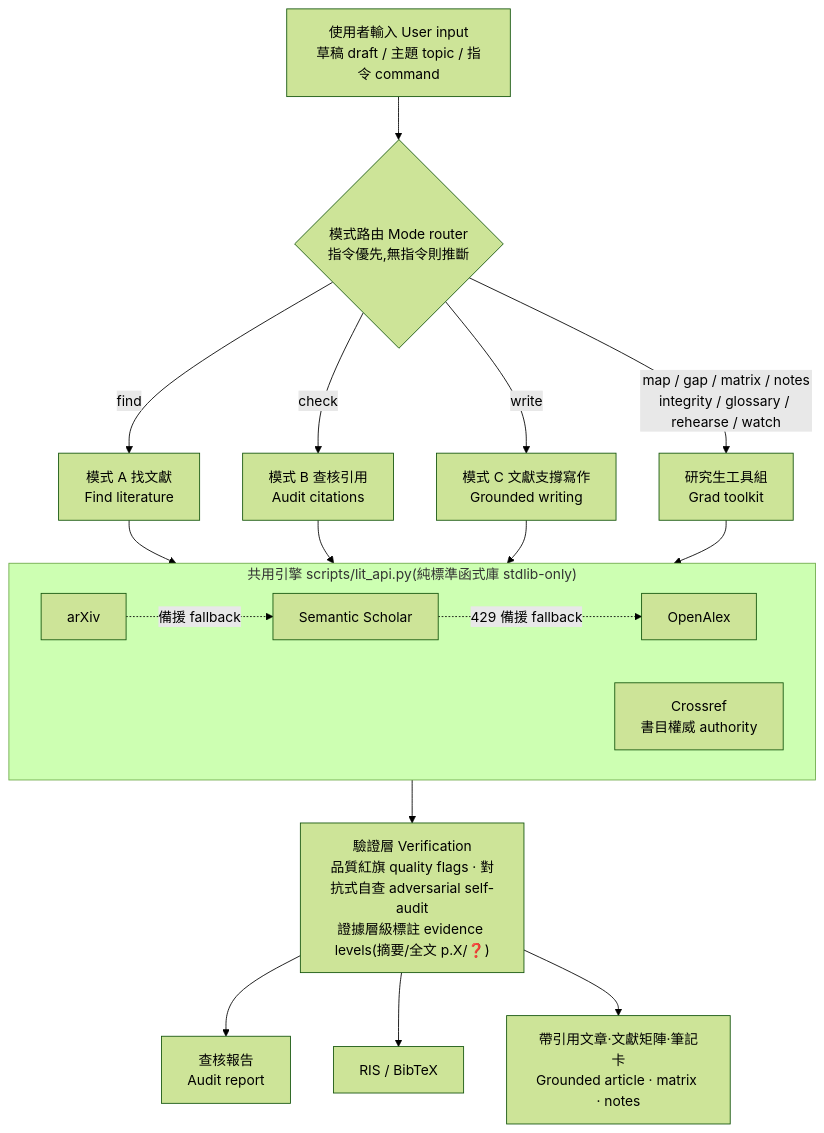
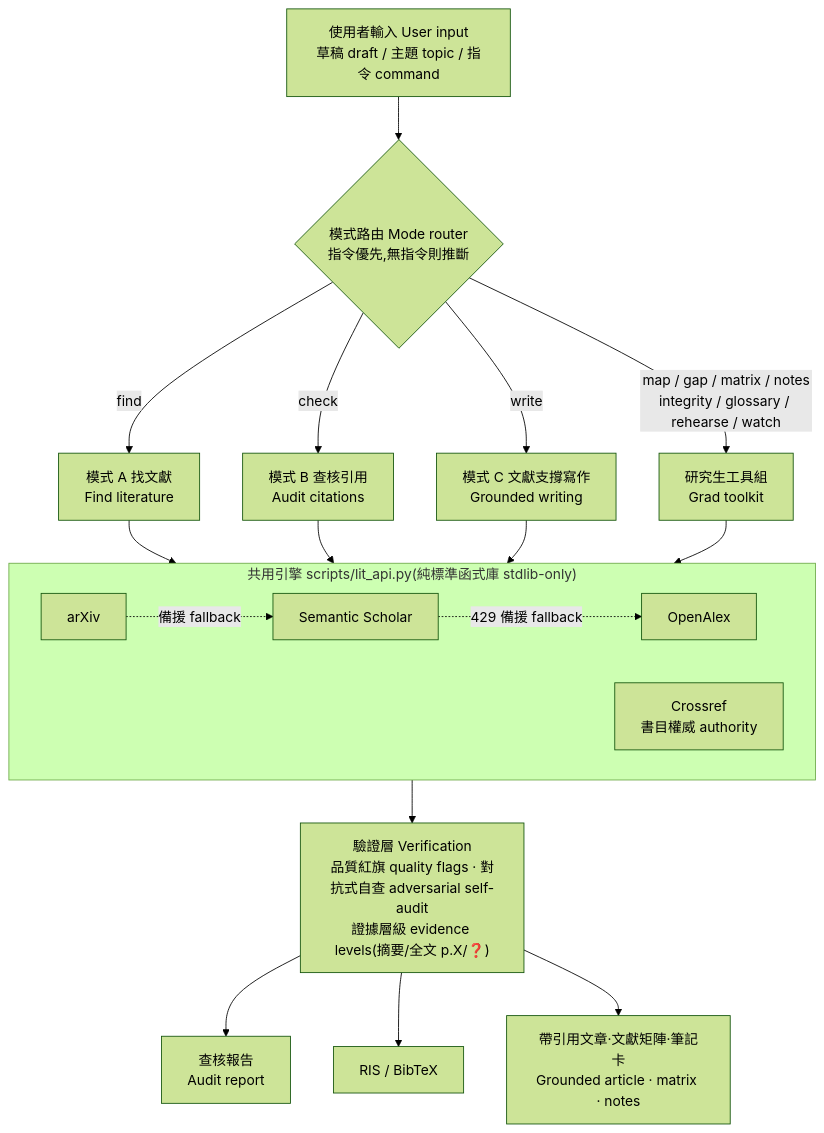
One commit to Zachariah9420/lit-review-skill changed the diagram in README.md. Above: the diagram before and after it, drawn with Mermaid (forest theme). The commit also changed other lines of this file and 1 other file, not shown here.

````diff
--- a/README.md
+++ b/README.md
@@ -36,27 +21,27 @@
 ```mermaid
 flowchart TB
     U["使用者輸入 User input<br/>草稿 draft / 主題 topic / 指令 command"] --> R{"模式路由 Mode router<br/>指令優先,無指令則推斷"}
 
     R -->|find| A["模式 A 找文獻<br/>Find literature"]
     R -->|check| B["模式 B 查核引用<br/>Audit citations"]
     R -->|write| C["模式 C 文獻支撐寫作<br/>Grounded writing"]
     R -->|"map / gap / matrix / notes<br/>integrity / glossary / rehearse / watch"| G["研究生工具組<br/>Grad toolkit"]
 
     A --> E
     B --> E
     C --> E
     G --> E
 
     subgraph E["共用引擎 scripts/lit_api.py(純標準函式庫 stdlib-only)"]
         direction LR
         S2["Semantic Scholar"] -. "429 備援 fallback" .-> OA["OpenAlex"]
         AX["arXiv"] -. "備援 fallback" .-> S2
         CR["Crossref<br/>書目權威 authority"]
     end
 
-    E --> V["驗證層 Verification<br/>品質紅旗 quality flags · 對抗式自查 adversarial self-audit<br/>證據層級標註 evidence levels(摘要/全文 p.X/❓)"]
+    E --> V["驗證層 Verification<br/>品質紅旗 quality flags · 對抗式自查 adversarial self-audit<br/>證據層級 evidence levels(摘要/全文 p.X/❓)"]
 
     V --> O1["查核報告<br/>Audit report"]
     V --> O2["RIS / BibTeX"]
     V --> O3["帶引用文章·文獻矩陣·筆記卡<br/>Grounded article · matrix · notes"]
 ```
````
